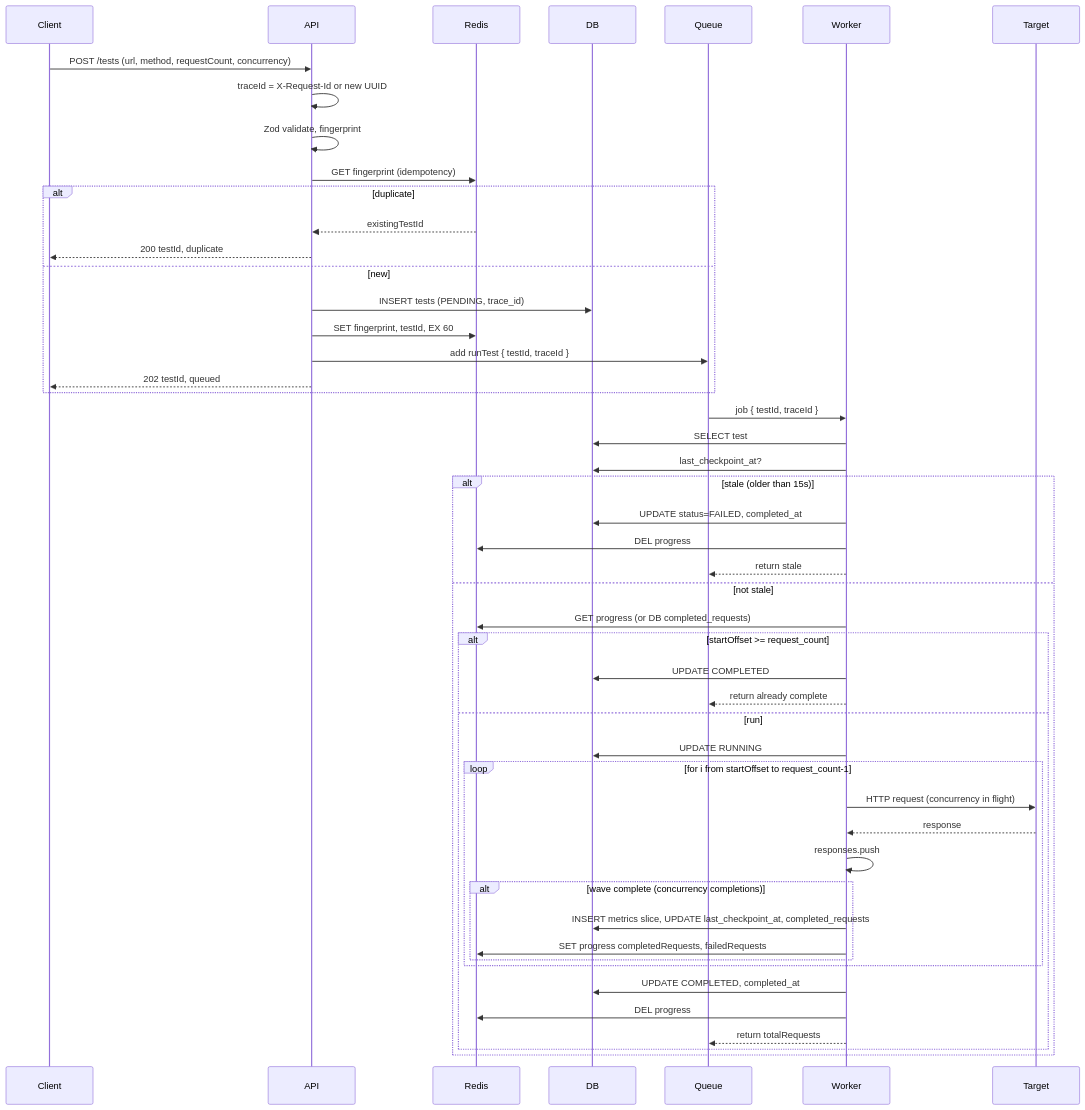
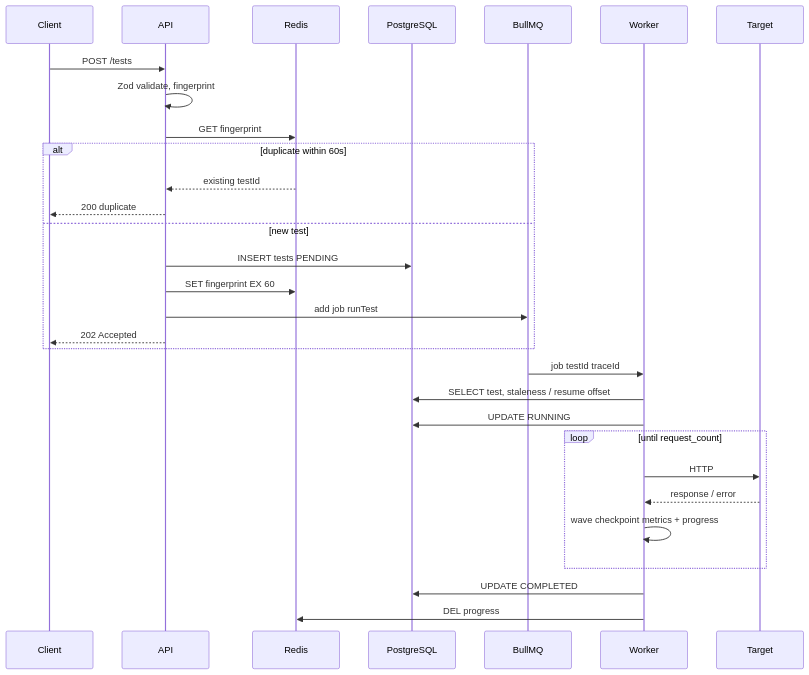
Before and after one commit to ashu6783/http-load-orchestrator: the second of 2 diagrams in README.md, drawn with Mermaid. The commit also changed other lines of this file, not shown here.

````diff
--- a/README.md
+++ b/README.md
@@ -88,53 +121,34 @@
 ```mermaid
 sequenceDiagram
   participant Client
   participant API
   participant Redis
-  participant DB
-  participant Queue
+  participant PG as PostgreSQL
+  participant Queue as BullMQ
   participant Worker
   participant Target
 
-  Client->>API: POST /tests (url, method, requestCount, concurrency)
-  API->>API: traceId = X-Request-Id or new UUID
+  Client->>API: POST /tests
   API->>API: Zod validate, fingerprint
-  API->>Redis: GET fingerprint (idempotency)
-  alt duplicate
-    Redis-->>API: existingTestId
-    API-->>Client: 200 testId, duplicate
-  else new
-    API->>DB: INSERT tests (PENDING, trace_id)
-    API->>Redis: SET fingerprint, testId, EX 60
-    API->>Queue: add runTest { testId, traceId }
-    API-->>Client: 202 testId, queued
+  API->>Redis: GET fingerprint
+  alt duplicate within 60s
+    Redis-->>API: existing testId
+    API-->>Client: 200 duplicate
+  else new test
+    API->>PG: INSERT tests PENDING
+    API->>Redis: SET fingerprint EX 60
+    API->>Queue: add job runTest
+    API-->>Client: 202 Accepted
   end
 
-  Queue->>Worker: job { testId, traceId }
-  Worker->>DB: SELECT test
-  Worker->>DB: last_checkpoint_at?
-  alt stale (older than 15s)
-    Worker->>DB: UPDATE status=FAILED, completed_at
-    Worker->>Redis: DEL progress
-    Worker-->>Queue: return stale
-  else not stale
-    Worker->>Redis: GET progress (or DB completed_requests)
-    alt startOffset >= request_count
-      Worker->>DB: UPDATE COMPLETED
-      Worker-->>Queue: return already complete
-    else run
-      Worker->>DB: UPDATE RUNNING
-      loop for i from startOffset to request_count-1
-        Worker->>Target: HTTP request (concurrency in flight)
-        Target-->>Worker: response
-        Worker->>Worker: responses.push
-        alt wave complete (concurrency completions)
-          Worker->>DB: INSERT metrics slice, UPDATE last_checkpoint_at, completed_requests
-          Worker->>Redis: SET progress completedRequests, failedRequests
-        end
-      end
-      Worker->>DB: UPDATE COMPLETED, completed_at
-      Worker->>Redis: DEL progress
-      Worker-->>Queue: return totalRequests
-    end
+  Queue->>Worker: job testId traceId
+  Worker->>PG: SELECT test, staleness / resume offset
+  Worker->>PG: UPDATE RUNNING
+  loop until request_count
+    Worker->>Target: HTTP
+    Target-->>Worker: response / error
+    Worker->>Worker: wave checkpoint metrics + progress
   end
+  Worker->>PG: UPDATE COMPLETED
+  Worker->>Redis: DEL progress
 ```
````
